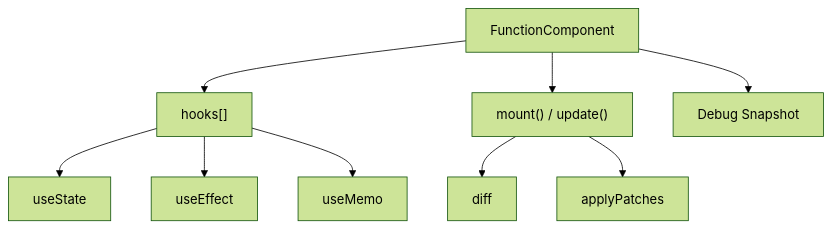
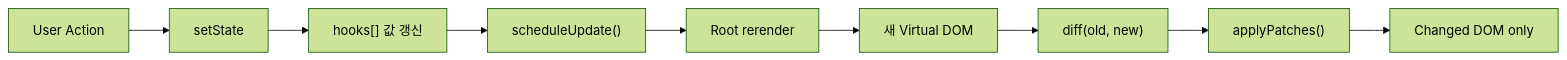
Before and after one commit to cloud-9-git/baby-react_260401: the second of 2 diagrams in README.md, drawn with Mermaid (forest theme). The commit also changed other lines of this file, not shown here.

````diff
--- a/README.md
+++ b/README.md
@@ -33,11 +52,11 @@
 ```mermaid
-graph TD
-    A["FunctionComponent"] --> B["hooks[]"]
-    A --> C["mount() / update()"]
-    B --> D["useState"]
-    B --> E["useEffect"]
-    B --> F["useMemo"]
-    C --> G["diff"]
-    C --> H["applyPatches"]
-    A --> I["Debug Snapshot"]
+flowchart LR
+    A["User Action"] --> B["setState"]
+    B --> C["hooks[] 값 갱신"]
+    C --> D["scheduleUpdate()"]
+    D --> E["Root rerender"]
+    E --> F["새 Virtual DOM"]
+    F --> G["diff(old, new)"]
+    G --> H["applyPatches()"]
+    H --> I["Changed DOM only"]
 ```
````
